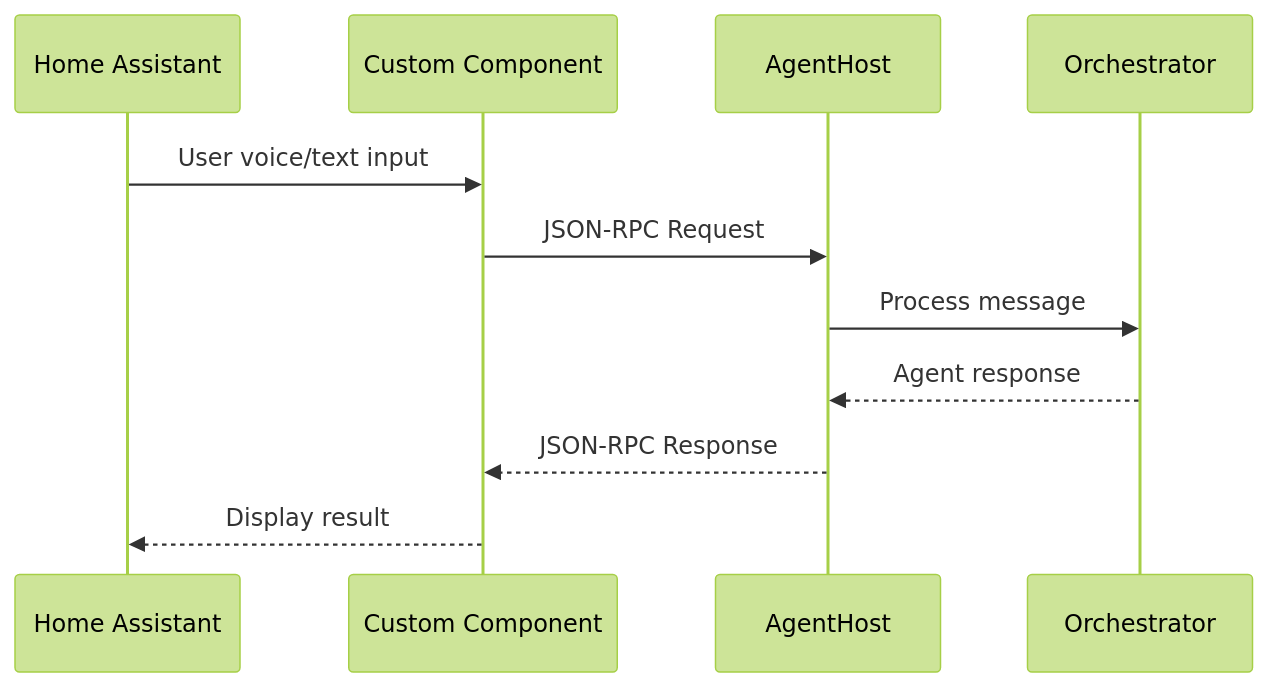
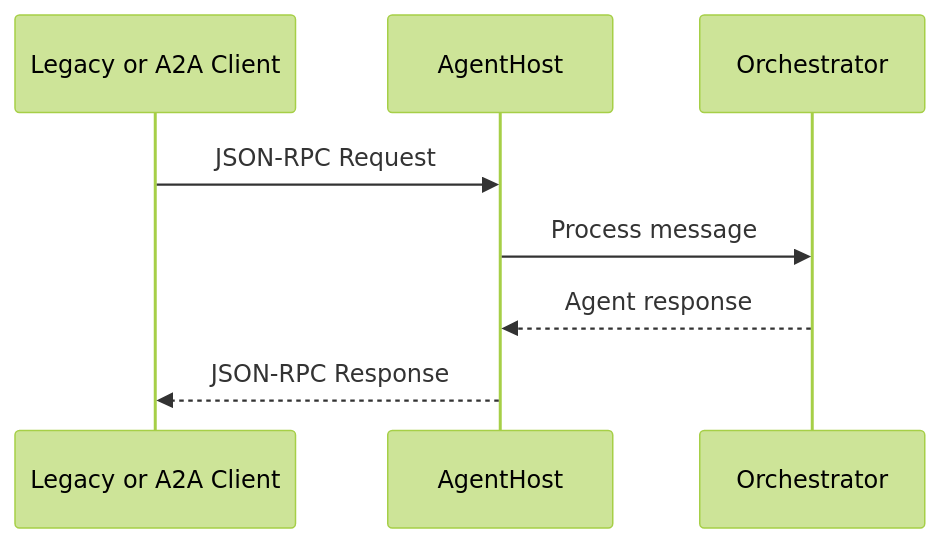
Before and after one commit to seiggy/lucia.ai: the diagram in docs/api/json-rpc.md, drawn with Mermaid (forest theme). The commit also changed other lines of this file and 87 other files, not shown here.

````diff
--- a/docs/api/json-rpc.md
+++ b/docs/api/json-rpc.md
@@ -14,14 +20,11 @@
 ```mermaid
 sequenceDiagram
-    participant HA as Home Assistant
-    participant CC as Custom Component
+    participant Client as Legacy or A2A Client
     participant AH as AgentHost
     participant Orch as Orchestrator
 
-    HA->>CC: User voice/text input
-    CC->>AH: JSON-RPC Request
+    Client->>AH: JSON-RPC Request
     AH->>Orch: Process message
     Orch-->>AH: Agent response
-    AH-->>CC: JSON-RPC Response
-    CC-->>HA: Display result
+    AH-->>Client: JSON-RPC Response
 ```
````
